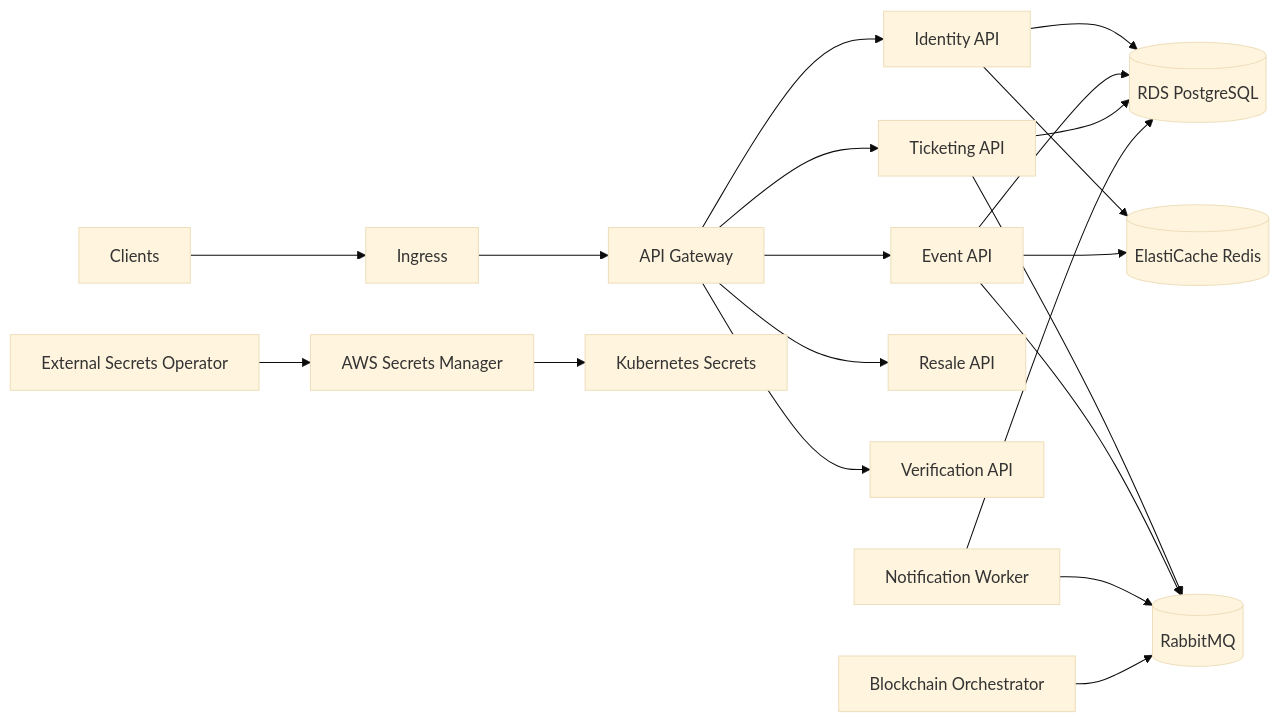
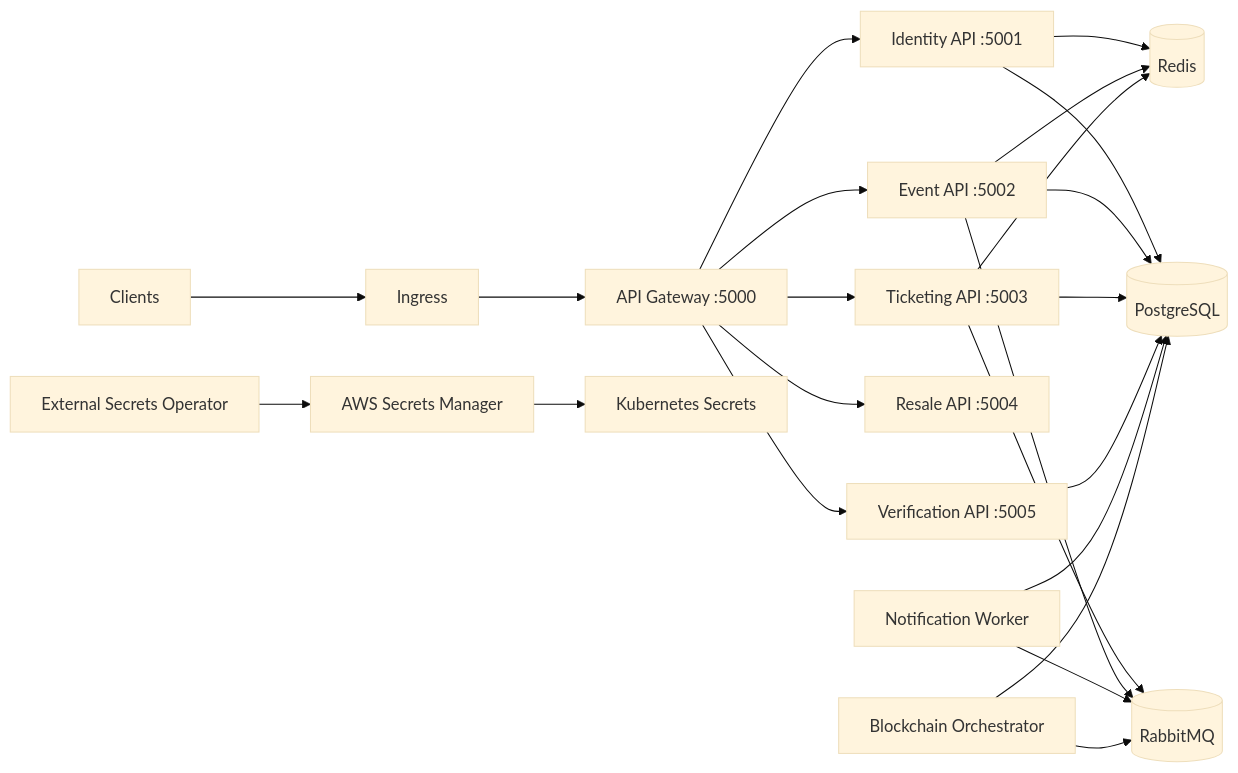
The diagram in README.md (ZekromNguyen/Block_Ticket), drawn with Mermaid (base theme) before and after one commit. The commit also changed other lines of this file, not shown here.

````diff
--- a/README.md
+++ b/README.md
@@ -7,22 +7,25 @@
 ```mermaid
 flowchart LR
   Client[Clients] --> Ingress[Ingress]
-  Ingress --> Gateway[API Gateway]
-  Gateway --> Identity[Identity API]
-  Gateway --> Events[Event API]
-  Gateway --> Ticketing[Ticketing API]
-  Gateway --> Resale[Resale API]
-  Gateway --> Verification[Verification API]
+  Ingress --> Gateway[API Gateway :5000]
+  Gateway --> Identity[Identity API :5001]
+  Gateway --> Events[Event API :5002]
+  Gateway --> Ticketing[Ticketing API :5003]
+  Gateway --> Resale[Resale API :5004]
+  Gateway --> Verification[Verification API :5005]
   Ticketing --> RabbitMQ[(RabbitMQ)]
   Events --> RabbitMQ
   Notification[Notification Worker] --> RabbitMQ
   Blockchain[Blockchain Orchestrator] --> RabbitMQ
-  Identity --> Postgres[(RDS PostgreSQL)]
+  Identity --> Postgres[(PostgreSQL)]
   Events --> Postgres
   Ticketing --> Postgres
+  Verification --> Postgres
   Notification --> Postgres
-  Identity --> Redis[(ElastiCache Redis)]
+  Blockchain --> Postgres
+  Identity --> Redis[(Redis)]
   Events --> Redis
+  Ticketing --> Redis
   ESO[External Secrets Operator] --> Secrets[AWS Secrets Manager]
   Secrets --> Pods[Kubernetes Secrets]
 ```
````
